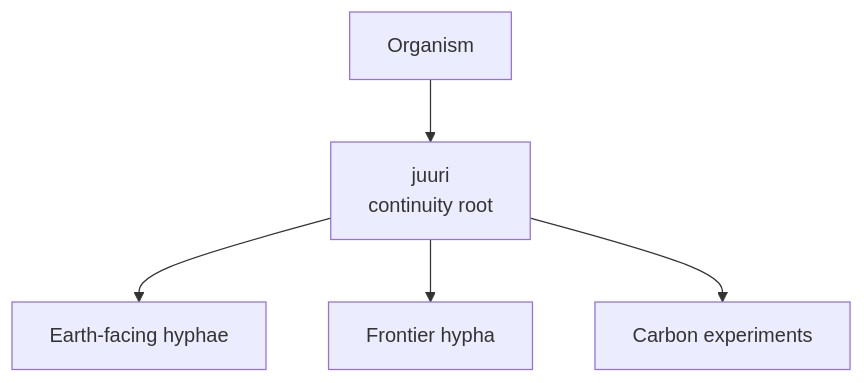
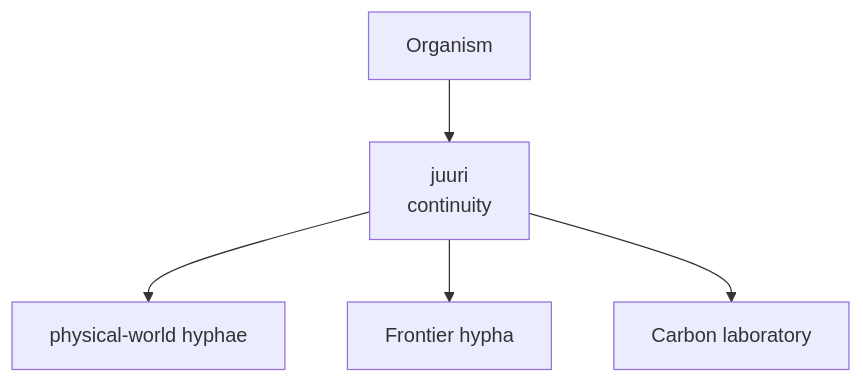
One commit to mackeymootsa/gaian-chronicle changed the eighth of 8 diagrams in branches/frontier-hypha/README.md. Above: the diagram before and after it, drawn with Mermaid. The commit also changed other lines of this file, not shown here.

````diff
--- a/branches/frontier-hypha/README.md
+++ b/branches/frontier-hypha/README.md
@@ -427,7 +703,7 @@
 ```mermaid
 flowchart TD
-    O["Organism"] --> J["juuri<br/>continuity root"]
-    J --> E["Earth-facing hyphae"]
+    O["Organism"] --> J["juuri<br/>continuity"]
+    J --> E["physical-world hyphae"]
     J --> F["Frontier hypha"]
-    J --> C["Carbon experiments"]
+    J --> C["Carbon laboratory"]
 ```
````
